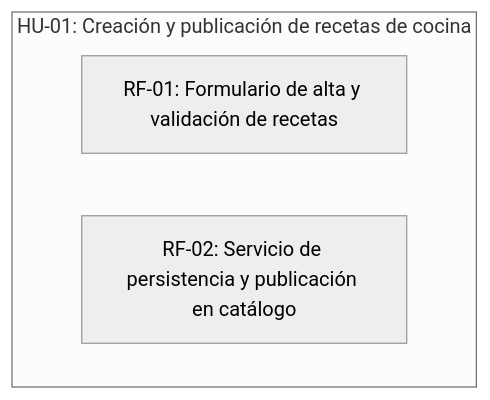
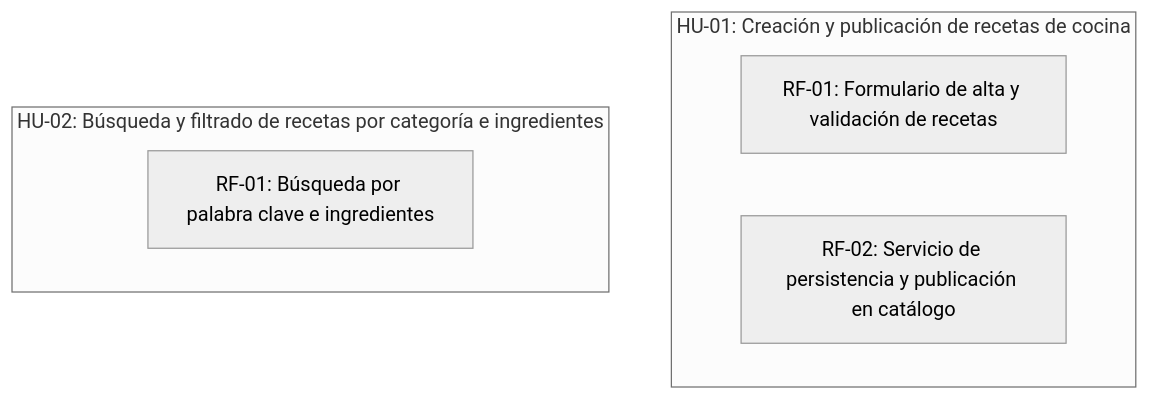
The diagram in scrumDocs/grafo.md (SVGiannoni/RecetasPanaRossi), drawn with Mermaid (neutral theme) before and after one commit. The commit also changed other lines of this file, not shown here.

Commit message:
Auto-publish: actualiza scrumDocs/grafo.md

````diff
--- a/scrumDocs/grafo.md
+++ b/scrumDocs/grafo.md
@@ -5,7 +5,10 @@
 ```mermaid
 graph TD
   subgraph US_1788784804716["HU-01: Creación y publicación de recetas de cocina"]
     REQ_1788785182545["RF-01: Formulario de alta y validación de recetas"]
     REQ_1788785196739["RF-02: Servicio de persistencia y publicación en catálogo"]
   end
+  subgraph US_1788784817567["HU-02: Búsqueda y filtrado de recetas por categoría e ingredientes"]
+    REQ_1788785446610["RF-01: Búsqueda por palabra clave e ingredientes"]
+  end
 ```
````
